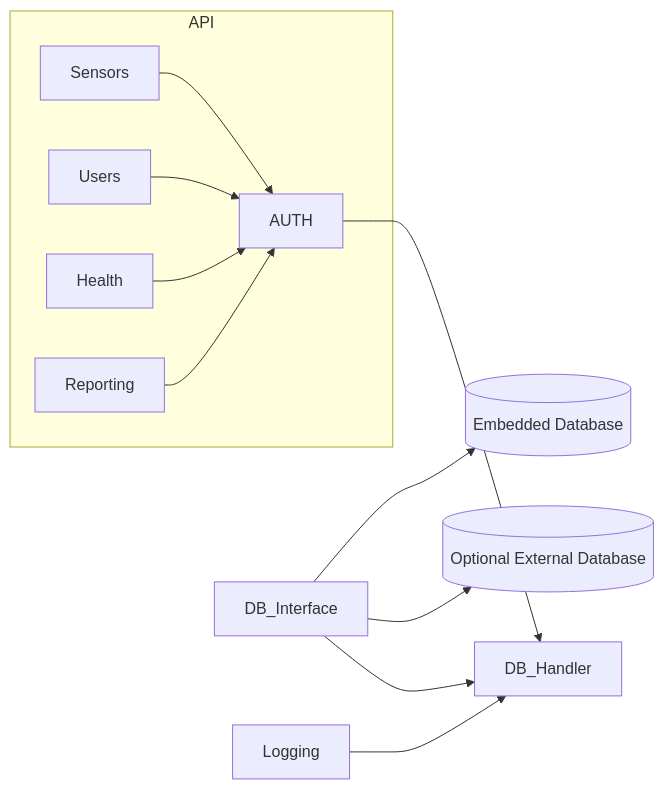
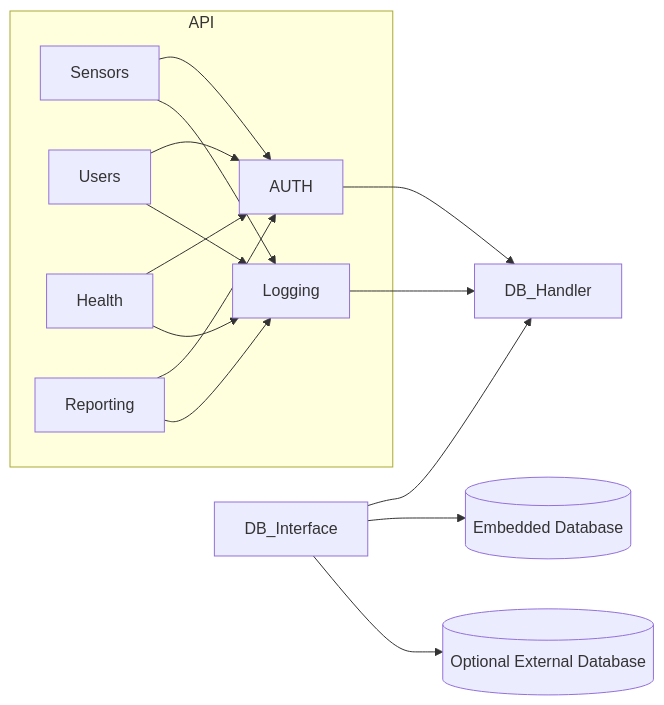
Before and after one commit to CharisGrubb/SensorCommandCenter: the diagram in Documentation/SensorCommandSensor_Main_Flow.md, drawn with Mermaid.

Commit message:
Main flow update

````diff
--- a/Documentation/SensorCommandSensor_Main_Flow.md
+++ b/Documentation/SensorCommandSensor_Main_Flow.md
@@ -1,17 +1,21 @@
 ```mermaid 
 
 graph LR;
 
+DB_Interface-->DB_Handler;
 DB_Interface-->db1[(Embedded Database)];
 DB_Interface-->db2[(Optional External Database)];
-DB_Interface-->DB_Handler;
 DB_Handler;
 subgraph API;
 Sensors-->AUTH;
 Users-->AUTH;
 Health-->AUTH;
 Reporting-->AUTH;
+Sensors-->Logging;
+Users-->Logging;
+Health-->Logging;
+Reporting-->Logging;
 end;
 AUTH-->DB_Handler;
 Logging-->DB_Handler;
 ```
````
